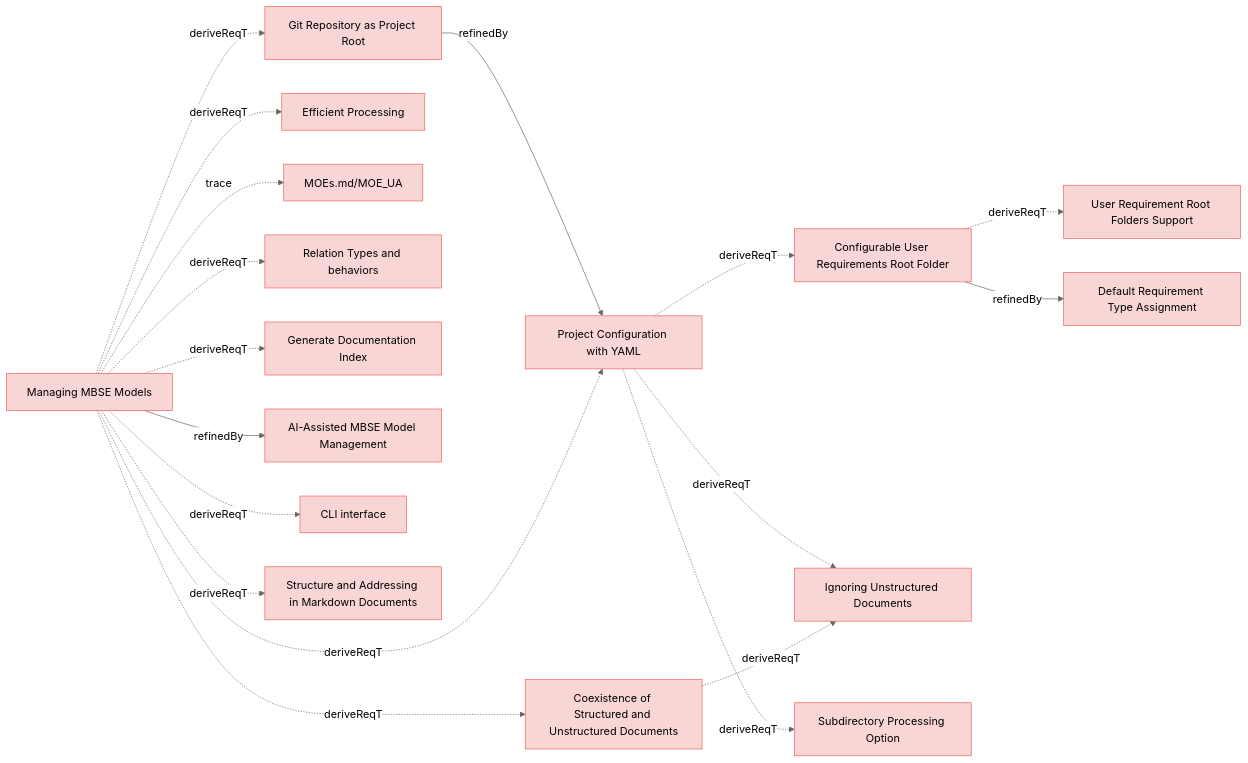
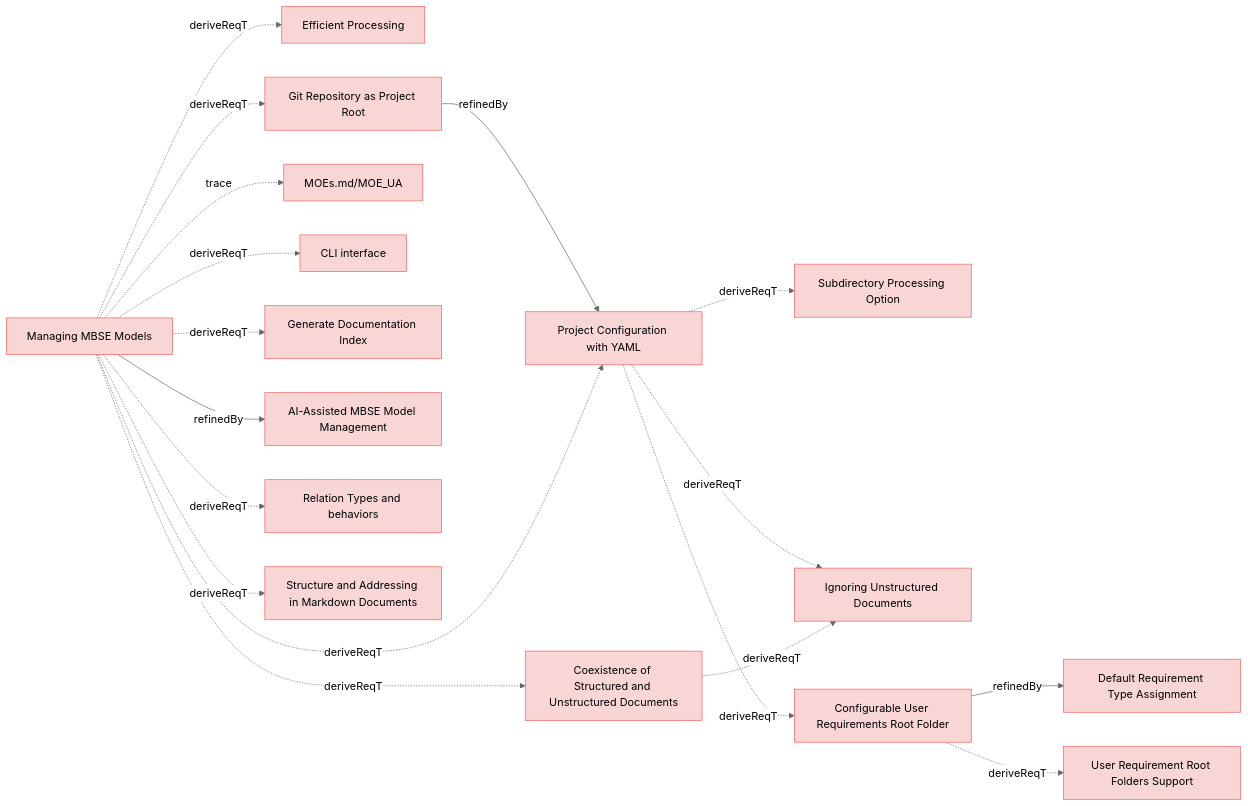
Before and after one commit to reqvire-org/reqvire: the diagram in specifications/ManagingMbseModelsRequirements.md, drawn with Mermaid (neutral theme). The commit also changed other lines of this file and 64 other files, not shown here.

````diff
--- a/specifications/ManagingMbseModelsRequirements.md
+++ b/specifications/ManagingMbseModelsRequirements.md
@@ -4,75 +4,75 @@
 ```mermaid
 graph LR;
   %% REQVIRE-AUTOGENERATED-DIAGRAM
   %% Graph styling
   classDef requirement fill:#f9d6d6,stroke:#f55f5f,stroke-width:1px;
   classDef verification fill:#d6f9d6,stroke:#5fd75f,stroke-width:1px;
   classDef externalLink fill:#d0e0ff,stroke:#3080ff,stroke-width:1px;
   classDef default fill:#f5f5f5,stroke:#333333,stroke-width:1px;
 
+  c9cc6878a73bb951["Default Requirement Type Assignment"];
+  class c9cc6878a73bb951 requirement;
+  click c9cc6878a73bb951 "ManagingMbseModelsRequirements.md#default-requirement-type-assignment";
+  d193d11c43776bec["Efficient Processing"];
+  class d193d11c43776bec requirement;
+  click d193d11c43776bec "ManagingMbseModelsRequirements.md#efficient-processing";
+  16b4b380c917deb1["Project Configuration with YAML"];
+  class 16b4b380c917deb1 requirement;
+  click 16b4b380c917deb1 "ManagingMbseModelsRequirements.md#project-configuration-with-yaml";
+  7bdf935ec6d8effe["Subdirectory Processing Option"];
+  class 7bdf935ec6d8effe requirement;
+  click 7bdf935ec6d8effe "SystemRequirements/Requirements.md#subdirectory-processing-option";
+  16b4b380c917deb1 -.->|deriveReqT| 7bdf935ec6d8effe;
+  be83c2991e9535c7["Ignoring Unstructured Documents"];
+  class be83c2991e9535c7 requirement;
+  click be83c2991e9535c7 "SystemRequirements/Requirements.md#ignoring-unstructured-documents";
+  16b4b380c917deb1 -.->|deriveReqT| be83c2991e9535c7;
+  d9354ef2eca0f2d0["Configurable User Requirements Root Folder"];
+  class d9354ef2eca0f2d0 requirement;
+  click d9354ef2eca0f2d0 "ManagingMbseModelsRequirements.md#configurable-user-requirements-root-folder";
+  16b4b380c917deb1 -.->|deriveReqT| d9354ef2eca0f2d0;
+  f0d721424636370e["Coexistence of Structured and Unstructured Documents"];
+  class f0d721424636370e requirement;
+  click f0d721424636370e "ManagingMbseModelsRequirements.md#coexistence-of-structured-and-unstructured-documents";
+  f0d721424636370e -.->|deriveReqT| be83c2991e9535c7;
   649d72765b13e14f["Git Repository as Project Root"];
   class 649d72765b13e14f requirement;
   click 649d72765b13e14f "ManagingMbseModelsRequirements.md#git-repository-as-project-root";
-  16b4b380c917deb1["Project Configuration with YAML"];
-  class 16b4b380c917deb1 requirement;
-  click 16b4b380c917deb1 "ManagingMbseModelsRequirements.md#project-configuration-with-yaml";
   649d72765b13e14f -->|refinedBy| 16b4b380c917deb1;
-  d9354ef2eca0f2d0["Configurable User Requirements Root Folder"];
-  class d9354ef2eca0f2d0 requirement;
-  click d9354ef2eca0f2d0 "ManagingMbseModelsRequirements.md#configurable-user-requirements-root-folder";
+  d9354ef2eca0f2d0 -->|refinedBy| c9cc6878a73bb951;
   a9d6e2569d5acd60["User Requirement Root Folders Support"];
   class a9d6e2569d5acd60 requirement;
   click a9d6e2569d5acd60 "SystemRequirements/Requirements.md#user-requirement-root-folders-support";
   d9354ef2eca0f2d0 -.->|deriveReqT| a9d6e2569d5acd60;
-  c9cc6878a73bb951["Default Requirement Type Assignment"];
-  class c9cc6878a73bb951 requirement;
-  click c9cc6878a73bb951 "ManagingMbseModelsRequirements.md#default-requirement-type-assignment";
-  d9354ef2eca0f2d0 -->|refinedBy| c9cc6878a73bb951;
-  16b4b380c917deb1 -.->|deriveReqT| d9354ef2eca0f2d0;
-  be83c2991e9535c7["Ignoring Unstructured Documents"];
-  class be83c2991e9535c7 requirement;
-  click be83c2991e9535c7 "SystemRequirements/Requirements.md#ignoring-unstructured-documents";
-  16b4b380c917deb1 -.->|deriveReqT| be83c2991e9535c7;
-  7bdf935ec6d8effe["Subdirectory Processing Option"];
-  class 7bdf935ec6d8effe requirement;
-  click 7bdf935ec6d8effe "SystemRequirements/Requirements.md#subdirectory-processing-option";
-  16b4b380c917deb1 -.->|deriveReqT| 7bdf935ec6d8effe;
-  d193d11c43776bec["Efficient Processing"];
-  class d193d11c43776bec requirement;
-  click d193d11c43776bec "ManagingMbseModelsRequirements.md#efficient-processing";
-  f0d721424636370e["Coexistence of Structured and Unstructured Documents"];
-  class f0d721424636370e requirement;
-  click f0d721424636370e "ManagingMbseModelsRequirements.md#coexistence-of-structured-and-unstructured-documents";
-  f0d721424636370e -.->|deriveReqT| be83c2991e9535c7;
   e61b7c1baa89bfc6["Managing MBSE Models"];
   class e61b7c1baa89bfc6 requirement;
   click e61b7c1baa89bfc6 "UserStories.md#managing-mbse-models";
   2c5f30f14e792200["MOEs.md/MOE_UA"];
   class 2c5f30f14e792200 requirement;
   click 2c5f30f14e792200 "MOEs.md#moe_ua";
   e61b7c1baa89bfc6 -.->|trace| 2c5f30f14e792200;
-  e61b7c1baa89bfc6 -.->|deriveReqT| 649d72765b13e14f;
+  f28849d46c19af44["CLI interface"];
+  class f28849d46c19af44 requirement;
+  click f28849d46c19af44 "UserRequirements.md#cli-interface";
+  e61b7c1baa89bfc6 -.->|deriveReqT| f28849d46c19af44;
+  e61b7c1baa89bfc6 -.->|deriveReqT| d193d11c43776bec;
+  c2b6c74b77726ad9["Generate Documentation Index"];
+  class c2b6c74b77726ad9 requirement;
+  click c2b6c74b77726ad9 "UserRequirements.md#generate-documentation-index";
+  e61b7c1baa89bfc6 -.->|deriveReqT| c2b6c74b77726ad9;
+  cd2d5dab49985ca2["AI-Assisted MBSE Model Management"];
+  class cd2d5dab49985ca2 requirement;
+  click cd2d5dab49985ca2 "UserStories.md#ai-assisted-mbse-model-management";
+  e61b7c1baa89bfc6 -->|refinedBy| cd2d5dab49985ca2;
   551906d5c51d91d9["Relation Types and behaviors"];
   class 551906d5c51d91d9 requirement;
   click 551906d5c51d91d9 "SpecificationsRequirements.md#relation-types-and-behaviors";
   e61b7c1baa89bfc6 -.->|deriveReqT| 551906d5c51d91d9;
-  c2b6c74b77726ad9["Generate Documentation Index"];
-  class c2b6c74b77726ad9 requirement;
-  click c2b6c74b77726ad9 "UserRequirements.md#generate-documentation-index";
-  e61b7c1baa89bfc6 -.->|deriveReqT| c2b6c74b77726ad9;
-  e61b7c1baa89bfc6 -.->|deriveReqT| 16b4b380c917deb1;
-  cd2d5dab49985ca2["AI-Assisted MBSE Model Management"];
-  class cd2d5dab49985ca2 requirement;
-  click cd2d5dab49985ca2 "UserStories.md#ai-assisted-mbse-model-management";
-  e61b7c1baa89bfc6 -->|refinedBy| cd2d5dab49985ca2;
-  e61b7c1baa89bfc6 -.->|deriveReqT| d193d11c43776bec;
-  f28849d46c19af44["CLI interface"];
-  class f28849d46c19af44 requirement;
-  click f28849d46c19af44 "UserRequirements.md#cli-interface";
-  e61b7c1baa89bfc6 -.->|deriveReqT| f28849d46c19af44;
   ade67c27bc5d3bbd["Structure and Addressing in Markdown Documents"];
   class ade67c27bc5d3bbd requirement;
   click ade67c27bc5d3bbd "SpecificationsRequirements.md#structure-and-addressing-in-markdown-documents";
   e61b7c1baa89bfc6 -.->|deriveReqT| ade67c27bc5d3bbd;
+  e61b7c1baa89bfc6 -.->|deriveReqT| 16b4b380c917deb1;
   e61b7c1baa89bfc6 -.->|deriveReqT| f0d721424636370e;
+  e61b7c1baa89bfc6 -.->|deriveReqT| 649d72765b13e14f;
 ```
````
